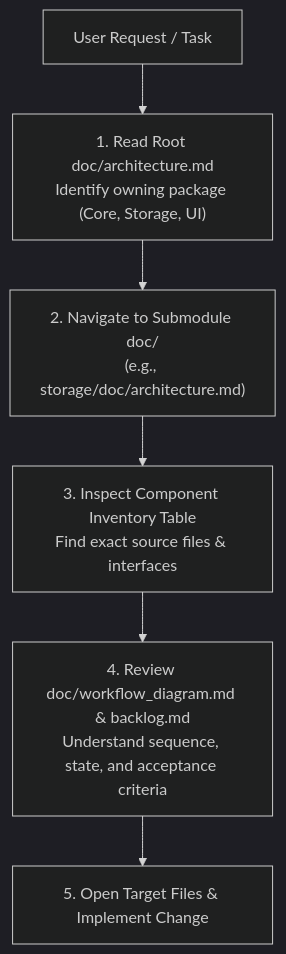
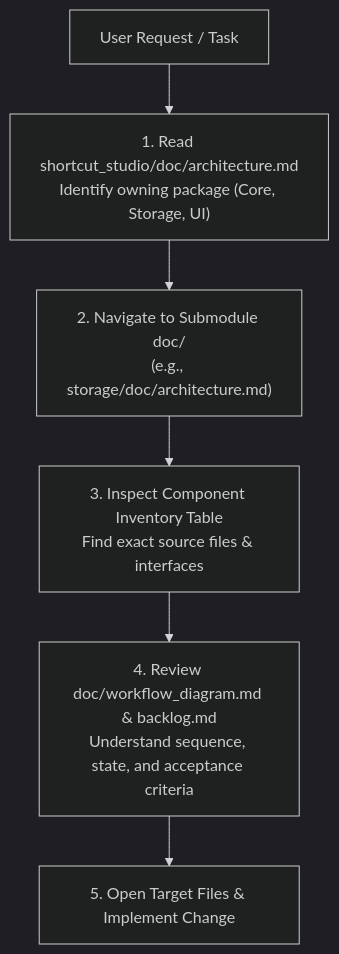
The diagram in AGENTS.md (tbkmax/ShortcutStudio), drawn with Mermaid (dark theme) before and after one commit. The commit also changed other lines of this file and 50 other files, not shown here.

Commit message:
refactor(shortcut_studio): let code became more maintainable

````diff
--- a/AGENTS.md
+++ b/AGENTS.md
@@ -194,8 +221,8 @@
 ```mermaid
 flowchart TD
-    Task["User Request / Task"] --> Step1["1. Read Root doc/architecture.md\nIdentify owning package (Core, Storage, UI)"]
+    Task["User Request / Task"] --> Step1["1. Read shortcut_studio/doc/architecture.md\nIdentify owning package (Core, Storage, UI)"]
     Step1 --> Step2["2. Navigate to Submodule doc/\n(e.g., storage/doc/architecture.md)"]
     Step2 --> Step3["3. Inspect Component Inventory Table\nFind exact source files & interfaces"]
     Step3 --> Step4["4. Review doc/workflow_diagram.md & backlog.md\nUnderstand sequence, state, and acceptance criteria"]
     Step4 --> Modify["5. Open Target Files & Implement Change"]
 ```
````
